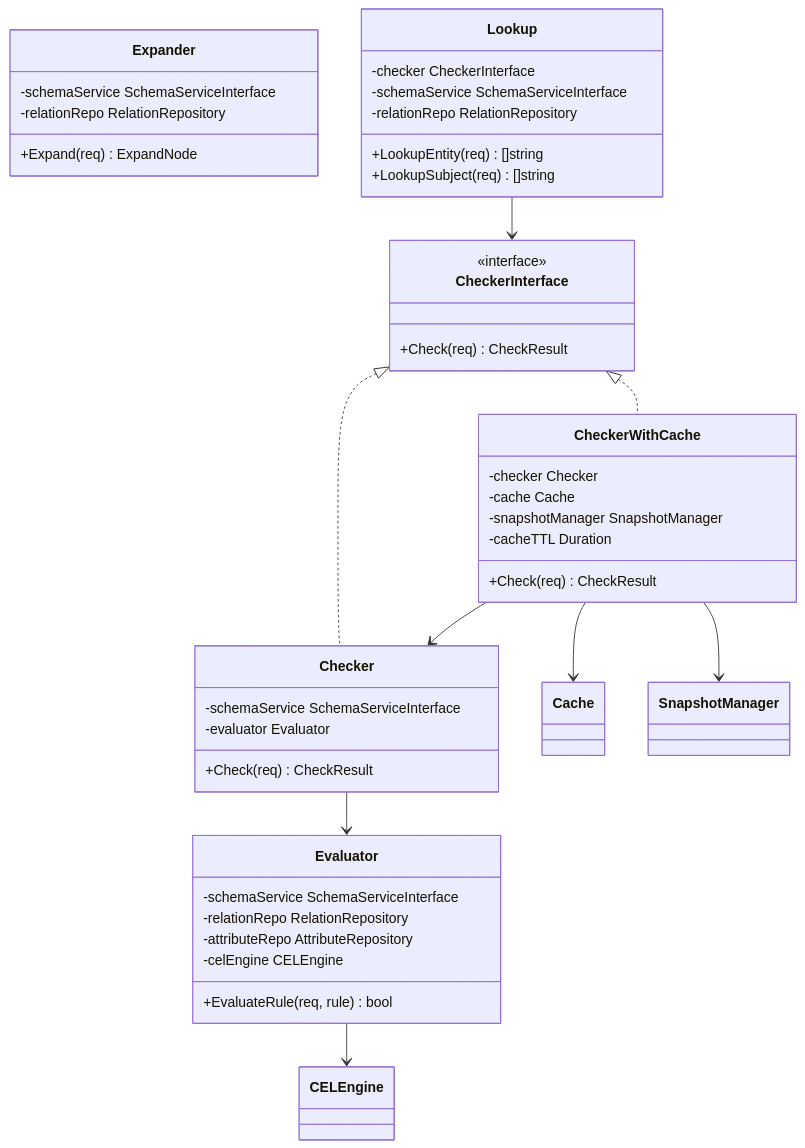
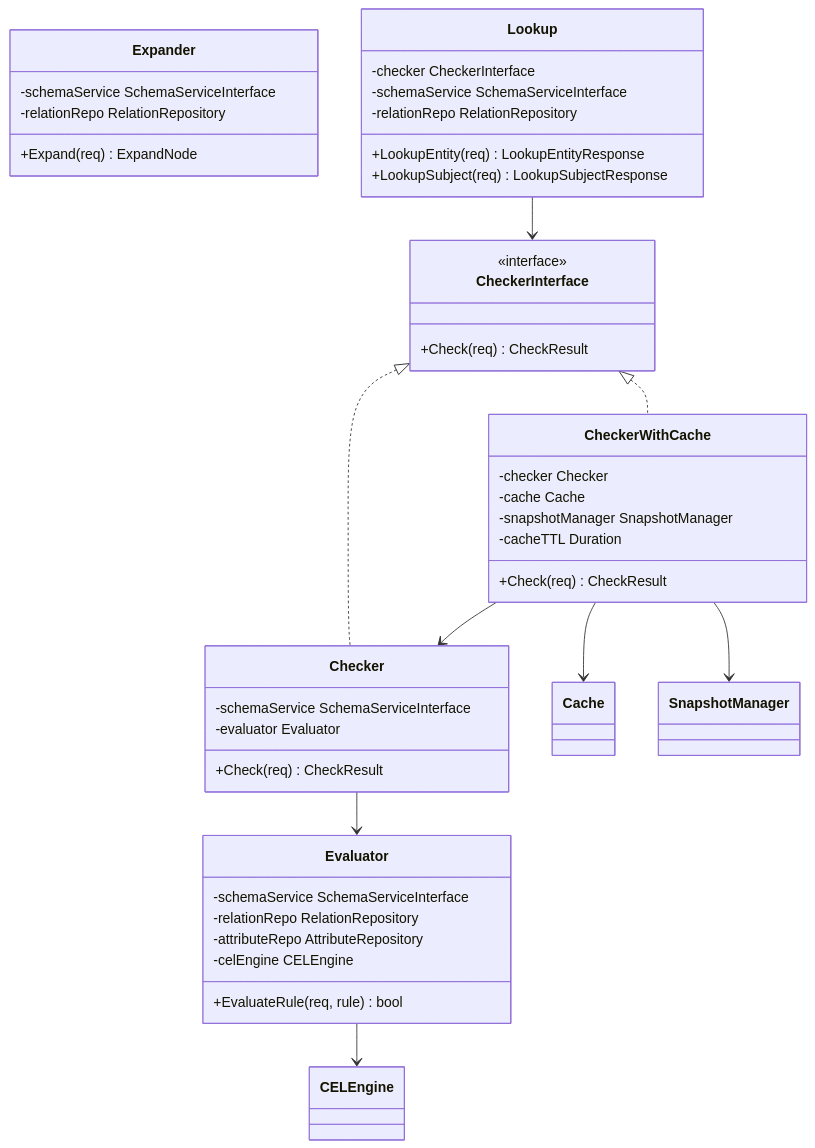
One commit to asakaida/keruberosu changed diagram 12 of 15 in docs/ARCHITECTURE.md. Above: the diagram before and after it, drawn with Mermaid. The commit also changed other lines of this file and 3 other files, not shown here.

````diff
--- a/docs/ARCHITECTURE.md
+++ b/docs/ARCHITECTURE.md
@@ -547,52 +624,52 @@
 ```mermaid
 classDiagram
     class CheckerInterface {
         <<interface>>
         +Check(req) CheckResult
     }
 
     class Checker {
         +Check(req) CheckResult
         -schemaService SchemaServiceInterface
         -evaluator Evaluator
     }
 
     class CheckerWithCache {
         +Check(req) CheckResult
         -checker Checker
         -cache Cache
         -snapshotManager SnapshotManager
         -cacheTTL Duration
     }
 
     class Evaluator {
         +EvaluateRule(req, rule) bool
         -schemaService SchemaServiceInterface
         -relationRepo RelationRepository
         -attributeRepo AttributeRepository
         -celEngine CELEngine
     }
 
     class Expander {
         +Expand(req) ExpandNode
         -schemaService SchemaServiceInterface
         -relationRepo RelationRepository
     }
 
     class Lookup {
-        +LookupEntity(req) []string
-        +LookupSubject(req) []string
+        +LookupEntity(req) LookupEntityResponse
+        +LookupSubject(req) LookupSubjectResponse
         -checker CheckerInterface
         -schemaService SchemaServiceInterface
         -relationRepo RelationRepository
     }
 
     CheckerInterface <|.. Checker
     CheckerInterface <|.. CheckerWithCache
     CheckerWithCache --> Checker
     CheckerWithCache --> Cache
     CheckerWithCache --> SnapshotManager
     Checker --> Evaluator
     Lookup --> CheckerInterface
     Evaluator --> CELEngine
 ```
````
